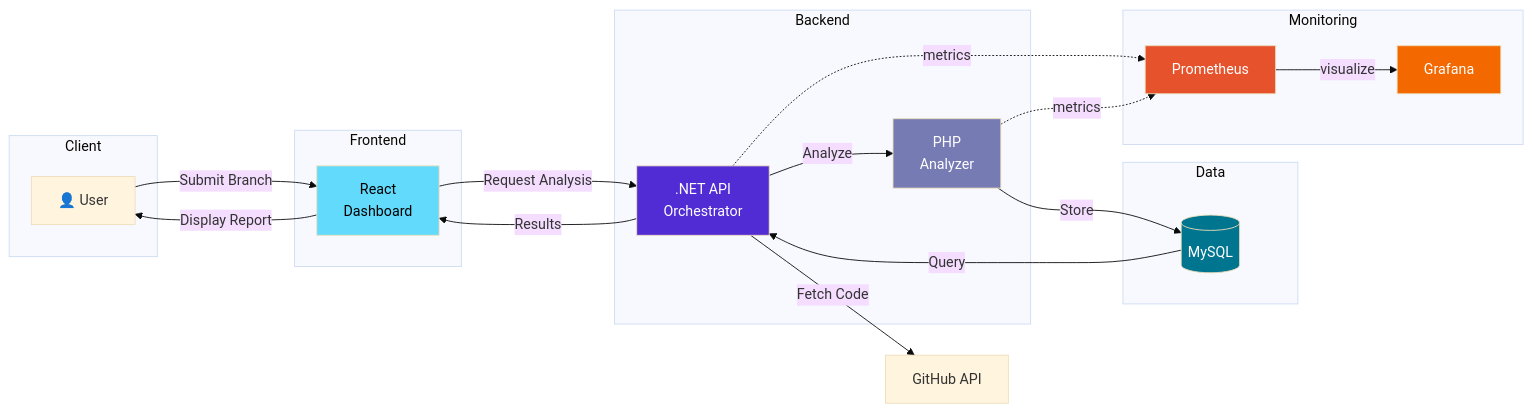
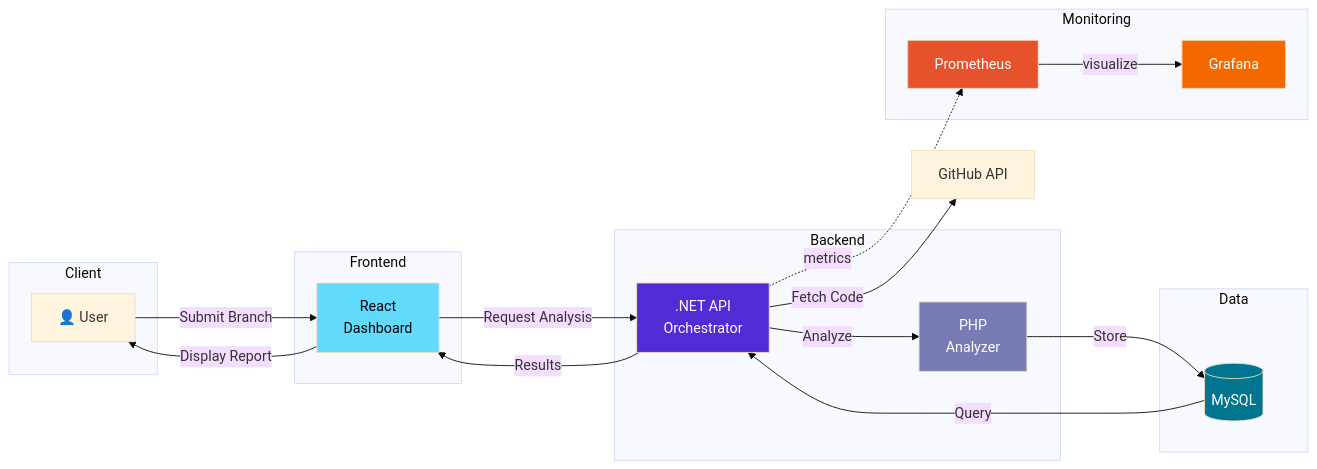
The first of 2 diagrams in README.md (Taha7486/Review_Code), drawn with Mermaid (base theme) before and after one commit. The commit also changed other lines of this file and 6 other files, not shown here.

````diff
--- a/README.md
+++ b/README.md
@@ -44,46 +44,45 @@
 ```mermaid
 graph LR
     subgraph Client
         A[👤 User]
     end
     
     subgraph Frontend
         B[React<br/>Dashboard]
     end
     
     subgraph Backend
         C[.NET API<br/>Orchestrator]
         D[PHP<br/>Analyzer]
     end
     
     subgraph Data
         E[(MySQL)]
     end
     
     subgraph Monitoring
         F[Prometheus]
         G[Grafana]
     end
     
     H[GitHub API]
 
     A -->|Submit Branch| B
     B -->|Request Analysis| C
     C -->|Fetch Code| H
     C -->|Analyze| D
     D -->|Store| E
     E -->|Query| C
     C -->|Results| B
     B -->|Display Report| A
     
     C -.->|metrics| F
-    D -.->|metrics| F
     F -->|visualize| G
     
     style B fill:#61dafb,color:#000
     style C fill:#512bd4,color:#fff
     style D fill:#777bb4,color:#fff
     style E fill:#00758f,color:#fff
     style F fill:#e6522c,color:#fff
     style G fill:#f46800,color:#fff
 ```
````
